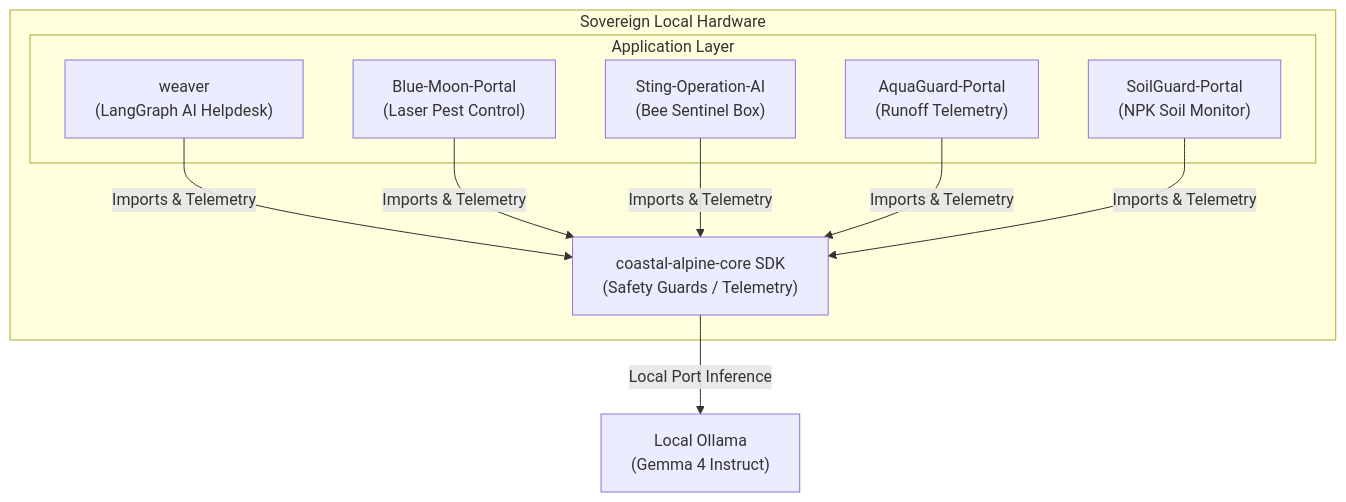
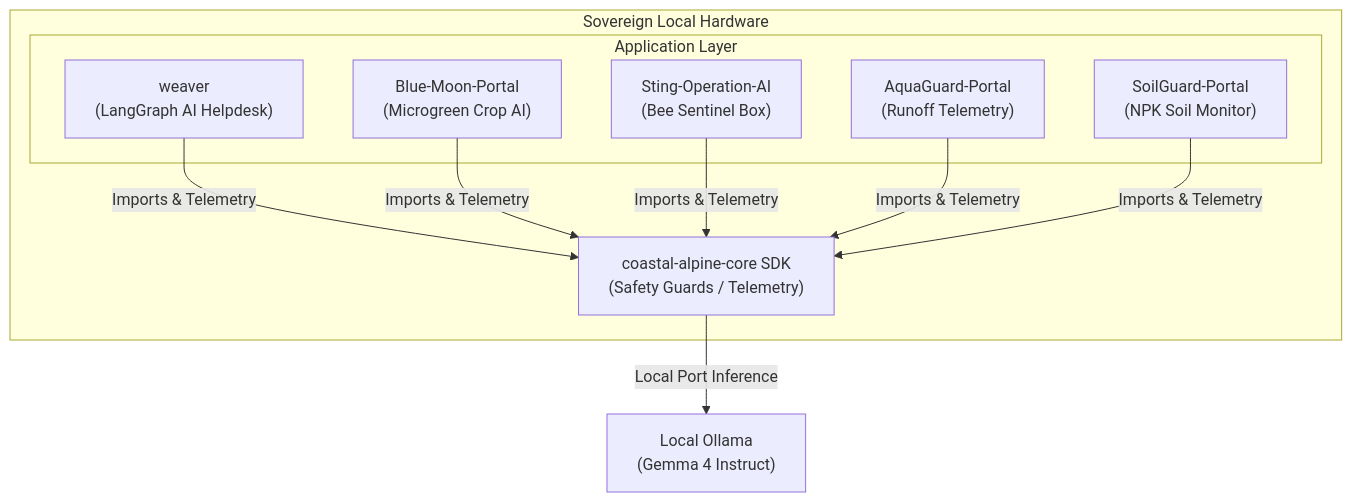
One commit to fivepanelhat/fivepanelhat changed the diagram in README.md. Above: the diagram before and after it, drawn with Mermaid. The commit also changed other lines of this file, not shown here.

Commit message:
fix: correct Blue-Moon-Portal role from 'laser tracking' to 'microgreen crop AI (Byte Size Kai)'

````diff
--- a/README.md
+++ b/README.md
@@ -36,17 +36,17 @@
 ```mermaid
 flowchart TD
     subgraph "Sovereign Local Hardware"
         Core["coastal-alpine-core SDK<br/>(Safety Guards / Telemetry)"]
         
         subgraph "Application Layer"
             Weaver["weaver<br/>(LangGraph AI Helpdesk)"]
-            BlueMoon["Blue-Moon-Portal<br/>(Laser Pest Control)"]
+            BlueMoon["Blue-Moon-Portal<br/>(Microgreen Crop AI)"]
             Sting["Sting-Operation-AI<br/>(Bee Sentinel Box)"]
             Aqua["AquaGuard-Portal<br/>(Runoff Telemetry)"]
             Soil["SoilGuard-Portal<br/>(NPK Soil Monitor)"]
         end
     end
     
     Weaver & BlueMoon & Sting & Aqua & Soil -->|Imports & Telemetry| Core
     Core -->|Local Port Inference| Ollama["Local Ollama<br/>(Gemma 4 Instruct)"]
 ```
````
